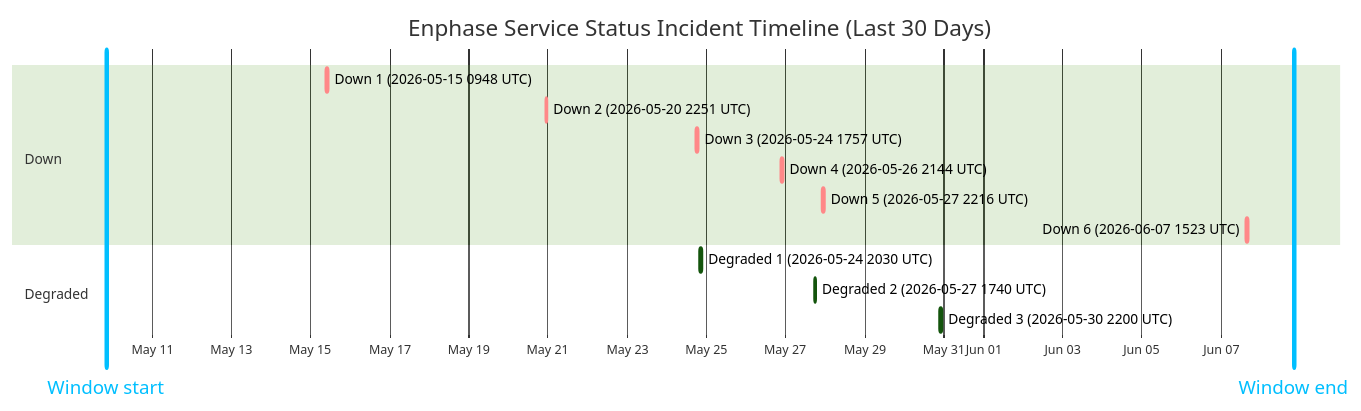
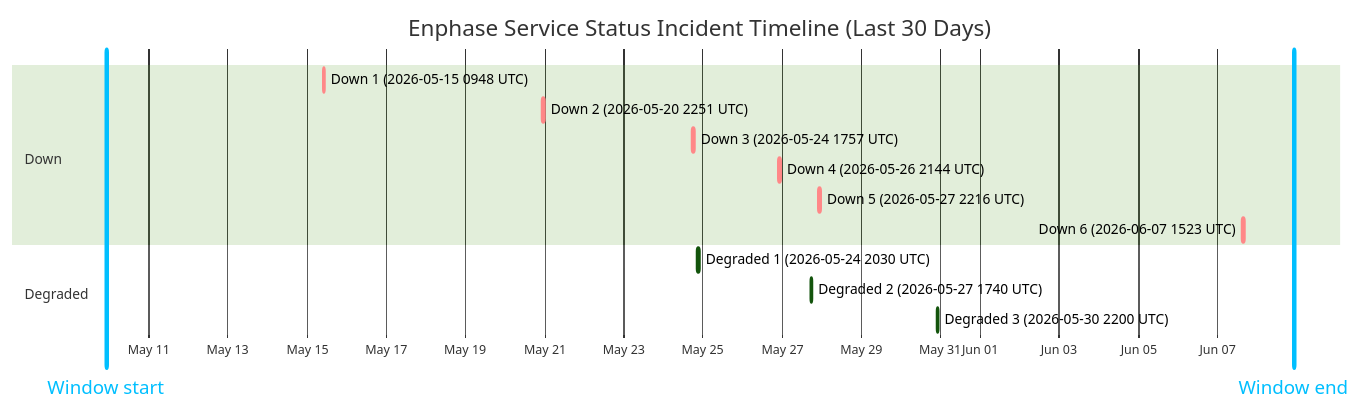
Before and after one commit to barneyonline/ha-enphase-energy: the diagram in wiki/Service-Status-History.md, drawn with Mermaid (forest theme). The commit also changed other lines of this file and 3 other files, not shown here.

````diff
--- a/wiki/Service-Status-History.md
+++ b/wiki/Service-Status-History.md
@@ -14,19 +14,19 @@
 ```mermaid
 gantt
     title Enphase Service Status Incident Timeline (Last 30 Days)
     dateFormat  YYYY-MM-DDTHH:mm:ss
     axisFormat  %b %d
-    Window start :vert, window-start, 2026-05-09T20:12:55, 0ms
-    Window end :vert, window-end, 2026-06-08T20:12:55, 0ms
+    Window start :vert, window-start, 2026-05-09T22:09:01, 0ms
+    Window end :vert, window-end, 2026-06-08T22:09:01, 0ms
     section Down
     Down 1 (2026-05-15 0948 UTC) :crit, down-1, 2026-05-15T09:48:18, 60m
     Down 2 (2026-05-20 2251 UTC) :crit, down-2, 2026-05-20T22:51:14, 75m
     Down 3 (2026-05-24 1757 UTC) :crit, down-3, 2026-05-24T17:57:41, 86m
     Down 4 (2026-05-26 2144 UTC) :crit, down-4, 2026-05-26T21:44:11, 85m
     Down 5 (2026-05-27 2216 UTC) :crit, down-5, 2026-05-27T22:16:53, 87m
     Down 6 (2026-06-07 1523 UTC) :crit, down-6, 2026-06-07T15:23:22, 87m
     section Degraded
     Degraded 1 (2026-05-24 2030 UTC) :active, degraded-1, 2026-05-24T20:30:57, 84m
     Degraded 2 (2026-05-27 1740 UTC) :active, degraded-2, 2026-05-27T17:40:52, 60m
     Degraded 3 (2026-05-30 2200 UTC) :active, degraded-3, 2026-05-30T22:00:37, 60m
 ```
````
